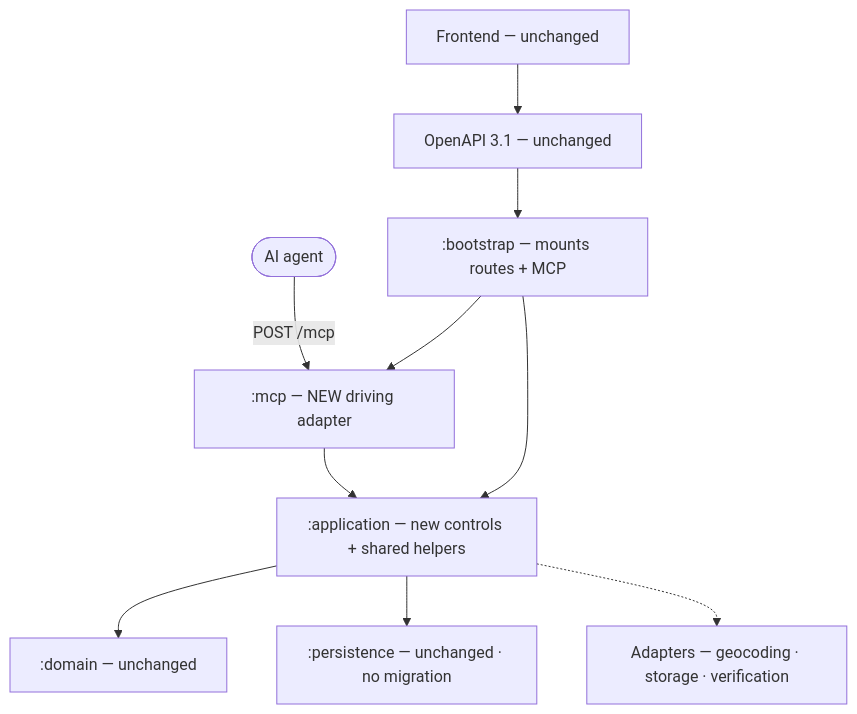
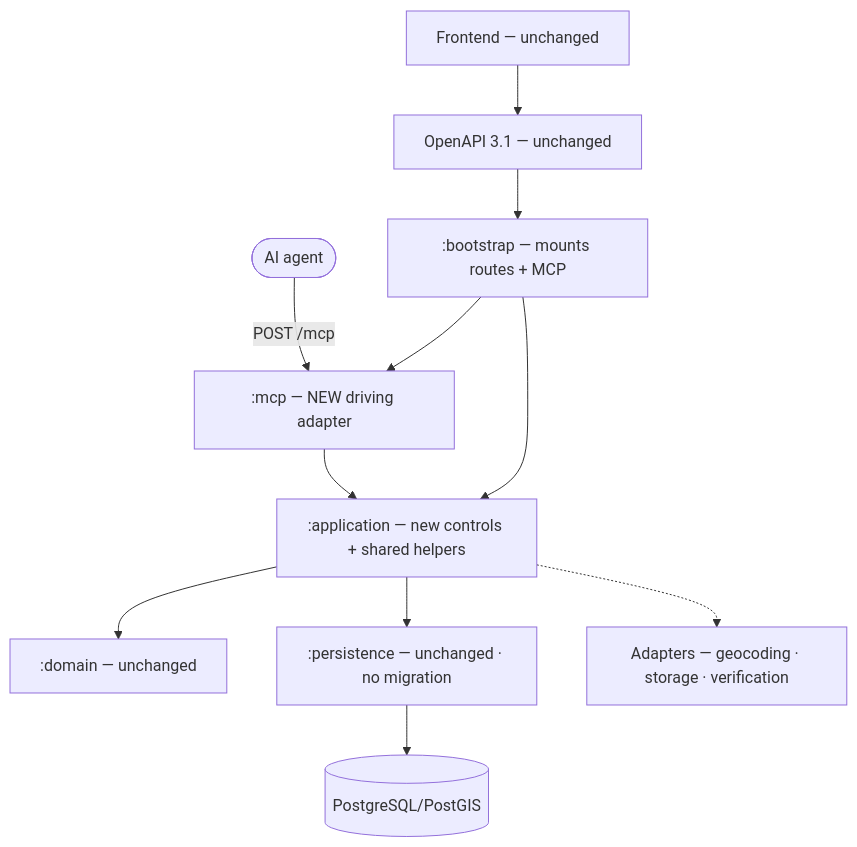
One commit to Losers-Lab/tahirs-list changed the diagram in docs/features/SC-209/07-class-diagram-complete.md. Above: the diagram before and after it, drawn with Mermaid. The commit also changed 4 other files, not shown here.

Commit message:
[SC-209] Show actors left and data sources in sequences

````diff
--- a/docs/features/SC-209/07-class-diagram-complete.md
+++ b/docs/features/SC-209/07-class-diagram-complete.md
@@ -5,12 +5,12 @@
 ```mermaid
 flowchart TB
     FE["Frontend — unchanged"] --> API["OpenAPI 3.1 — unchanged"]
     API --> BOOT[":bootstrap — mounts routes + MCP"]
     AG([AI agent]) -->|POST /mcp| MCP[":mcp — NEW driving adapter"]
     BOOT --> MCP
     MCP --> APP[":application — new controls + shared helpers"]
     BOOT --> APP
-    APP --> DOM[":domain — unchanged"]
-    APP --> PER[":persistence — unchanged · no migration"]
+    APP --> DOM[":domain — unchanged"] & PER[":persistence — unchanged · no migration"]
+    PER --> DB[("PostgreSQL/PostGIS")]
     APP -.-> EXT["Adapters — geocoding · storage · verification"]
 ```
````
